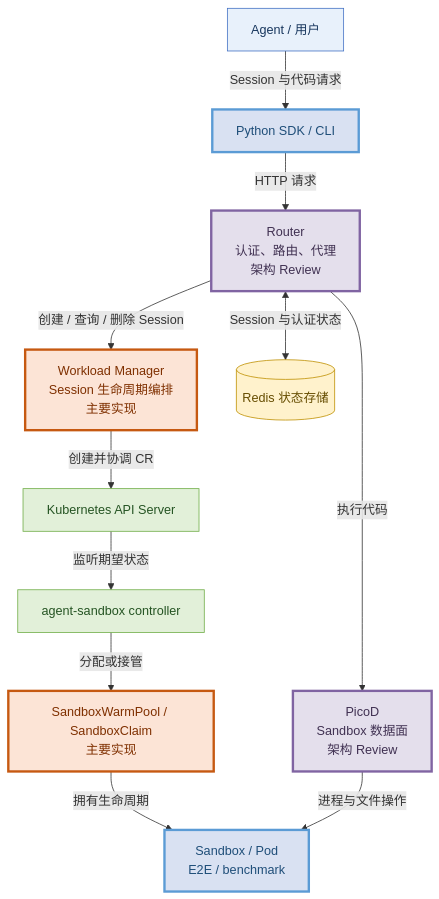
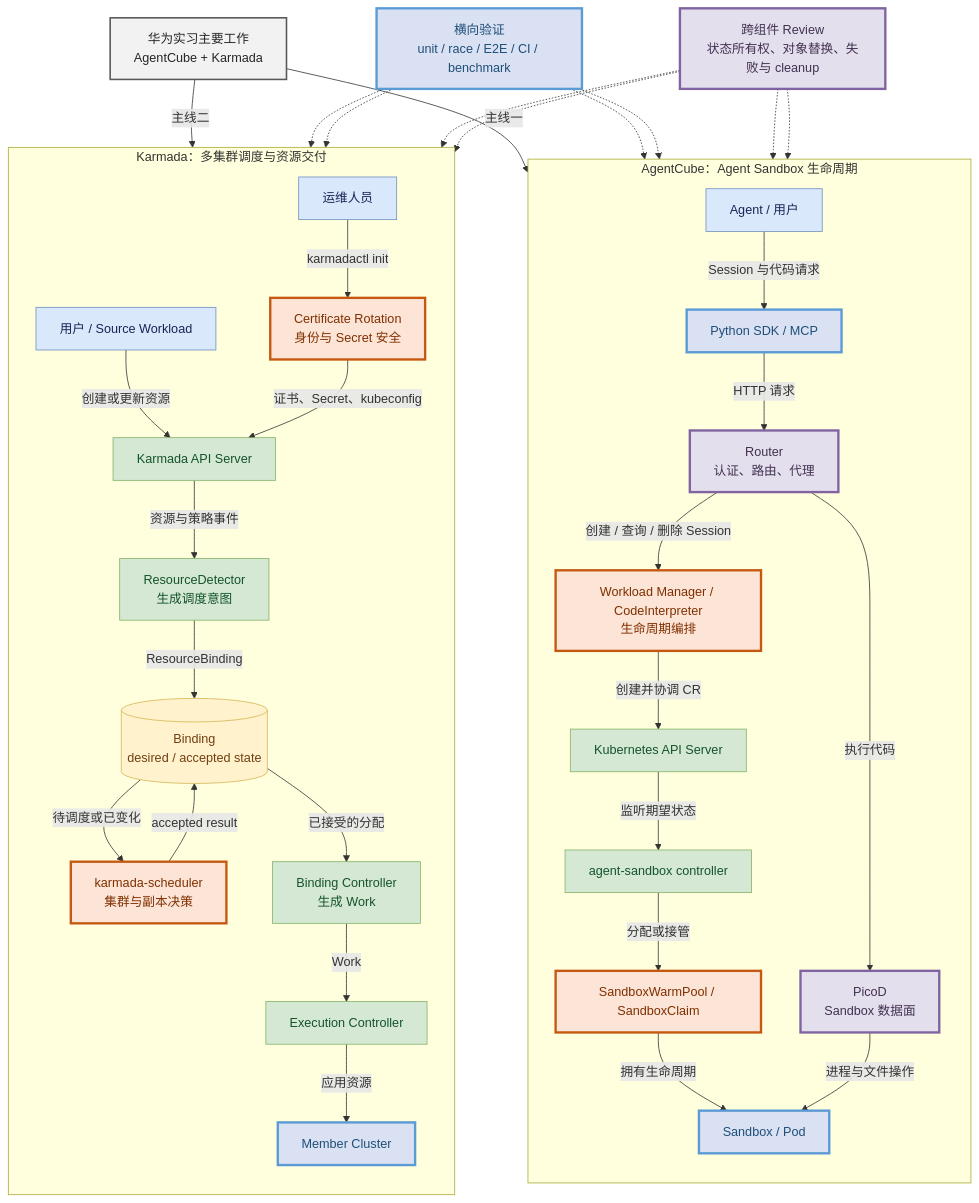
One commit to ranxi2001/agentcube changed the diagram in internship-reports/final-internship-system-position.mmd. Above: the diagram before and after it, drawn with Mermaid. The commit also changed 4 other files, not shown here.

Commit message:
docs: combine internship defense summary [skip ci]

```diff
--- a/internship-reports/final-internship-system-position.mmd
+++ b/internship-reports/final-internship-system-position.mmd
@@ -1,27 +1,59 @@
-%% AgentCube internship focus in the end-to-end request path.
+%% Parallel internship workstreams. This diagram does not claim a production integration between AgentCube and Karmada.
 flowchart TB
-    USER["Agent / 用户"] -->|"Session 与代码请求"| SDK["Python SDK / CLI"]
-    SDK -->|"HTTP 请求"| ROUTER["Router<br/>认证、路由、代理<br/>架构 Review"]
-    ROUTER -->|"创建 / 查询 / 删除 Session"| WM["Workload Manager<br/>Session 生命周期编排<br/>主要实现"]
-    ROUTER -->|"执行代码"| PICO["PicoD<br/>Sandbox 数据面<br/>架构 Review"]
-    ROUTER <-->|"Session 与认证状态"| REDIS[("Redis 状态存储")]
-    WM -->|"创建并协调 CR"| KAPI["Kubernetes API Server"]
-    KAPI -->|"监听期望状态"| ASCTRL["agent-sandbox controller"]
-    ASCTRL -->|"分配或接管"| POOL["SandboxWarmPool / SandboxClaim<br/>主要实现"]
-    POOL -->|"拥有生命周期"| SANDBOX["Sandbox / Pod<br/>E2E / benchmark"]
-    PICO -->|"进程与文件操作"| SANDBOX
+    ROOT["华为实习主要工作<br/>AgentCube + Karmada"]
 
-    classDef entry fill:#e8f1fb,stroke:#4472c4,color:#17365d;
-    classDef control fill:#e2f0d9,stroke:#70ad47,color:#255423;
-    classDef state fill:#fff2cc,stroke:#bf9000,color:#664d00;
-    classDef runtime fill:#f2f2f2,stroke:#666666,color:#262626;
+    subgraph AC["AgentCube：Agent Sandbox 生命周期"]
+        direction TB
+        ACUSER["Agent / 用户"] -->|"Session 与代码请求"| SDK["Python SDK / MCP"]
+        SDK -->|"HTTP 请求"| ROUTER["Router<br/>认证、路由、代理"]
+        ROUTER -->|"创建 / 查询 / 删除 Session"| WM["Workload Manager / CodeInterpreter<br/>生命周期编排"]
+        WM -->|"创建并协调 CR"| KAPI["Kubernetes API Server"]
+        KAPI -->|"监听期望状态"| ASCTRL["agent-sandbox controller"]
+        ASCTRL -->|"分配或接管"| POOL["SandboxWarmPool / SandboxClaim"]
+        POOL -->|"拥有生命周期"| SANDBOX["Sandbox / Pod"]
+        ROUTER -->|"执行代码"| PICO["PicoD<br/>Sandbox 数据面"]
+        PICO -->|"进程与文件操作"| SANDBOX
+    end
+
+    subgraph KM["Karmada：多集群调度与资源交付"]
+        direction TB
+        KMUSER["用户 / Source Workload"] -->|"创建或更新资源"| API["Karmada API Server"]
+        API -->|"资源与策略事件"| DETECTOR["ResourceDetector<br/>生成调度意图"]
+        DETECTOR -->|"ResourceBinding"| BINDING[("Binding<br/>desired / accepted state")]
+        BINDING -->|"待调度或已变化"| SCHED["karmada-scheduler<br/>集群与副本决策"]
+        SCHED -->|"accepted result"| BINDING
+        BINDING -->|"已接受的分配"| BC["Binding Controller<br/>生成 Work"]
+        BC -->|"Work"| EC["Execution Controller"]
+        EC -->|"应用资源"| MEMBER["Member Cluster"]
+        OP["运维人员"] -->|"karmadactl init"| CERT["Certificate Rotation<br/>身份与 Secret 安全"]
+        CERT -->|"证书、Secret、kubeconfig"| API
+    end
+
+    ROOT -->|"主线一"| ACUSER
+    ROOT -->|"主线二"| KMUSER
+
+    VERIFY["横向验证<br/>unit / race / E2E / CI / benchmark"] -.-> WM
+    VERIFY -.-> SANDBOX
+    VERIFY -.-> SCHED
+    VERIFY -.-> MEMBER
+
+    REVIEW["跨组件 Review<br/>状态所有权、对象替换、失败与 cleanup"] -.-> ROUTER
+    REVIEW -.-> POOL
+    REVIEW -.-> DETECTOR
+    REVIEW -.-> BC
+
+    classDef summary fill:#f2f2f2,stroke:#595959,color:#262626,stroke-width:2px;
+    classDef entry fill:#dae8fc,stroke:#6c8ebf,color:#172554;
+    classDef control fill:#d5e8d4,stroke:#82b366,color:#14532d;
+    classDef state fill:#fff2cc,stroke:#d6b656,color:#713f12;
     classDef focus fill:#fce4d6,stroke:#c65911,color:#7f3000,stroke-width:3px;
     classDef review fill:#e4dfec,stroke:#8064a2,color:#403152,stroke-width:3px;
     classDef verify fill:#d9e1f2,stroke:#5b9bd5,color:#1f4e79,stroke-width:3px;
 
-    class USER entry;
-    class KAPI,ASCTRL control;
-    class REDIS state;
-    class WM,POOL focus;
-    class ROUTER,PICO review;
-    class SDK,SANDBOX verify;
+    class ROOT summary;
+    class ACUSER,KMUSER,OP entry;
+    class KAPI,ASCTRL,API,DETECTOR,BC,EC control;
+    class BINDING state;
+    class WM,POOL,SCHED,CERT focus;
+    class ROUTER,PICO,REVIEW review;
+    class SDK,SANDBOX,MEMBER,VERIFY verify;
```
